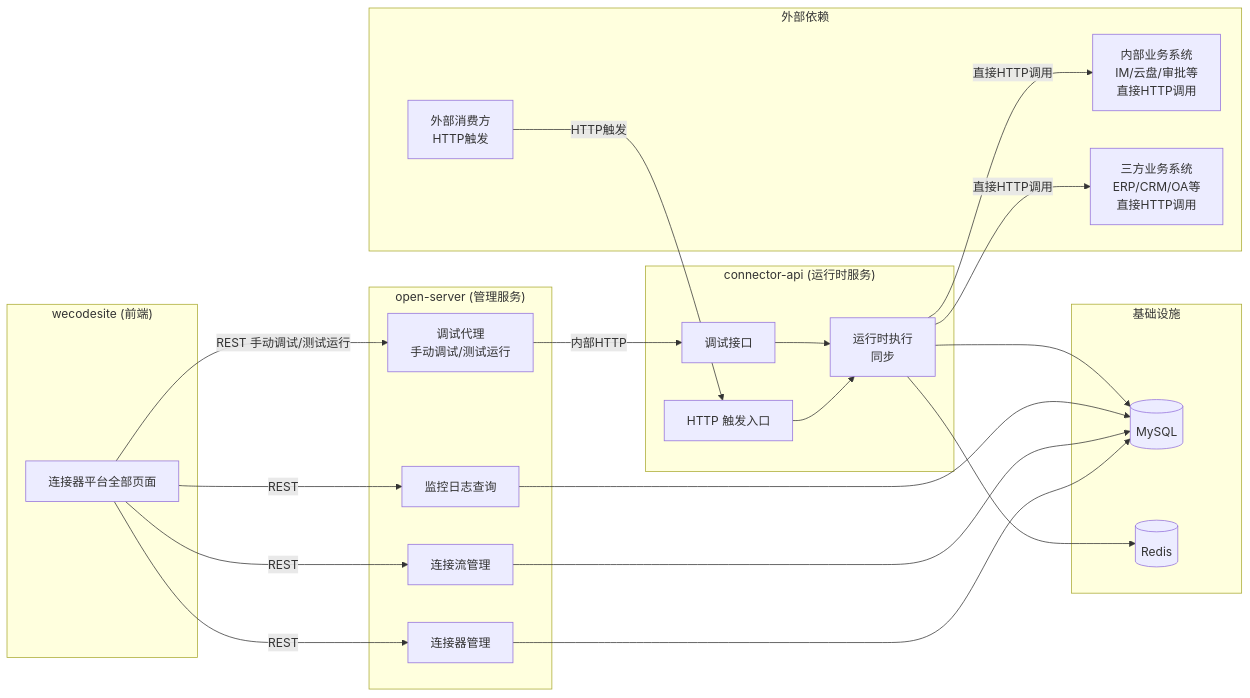
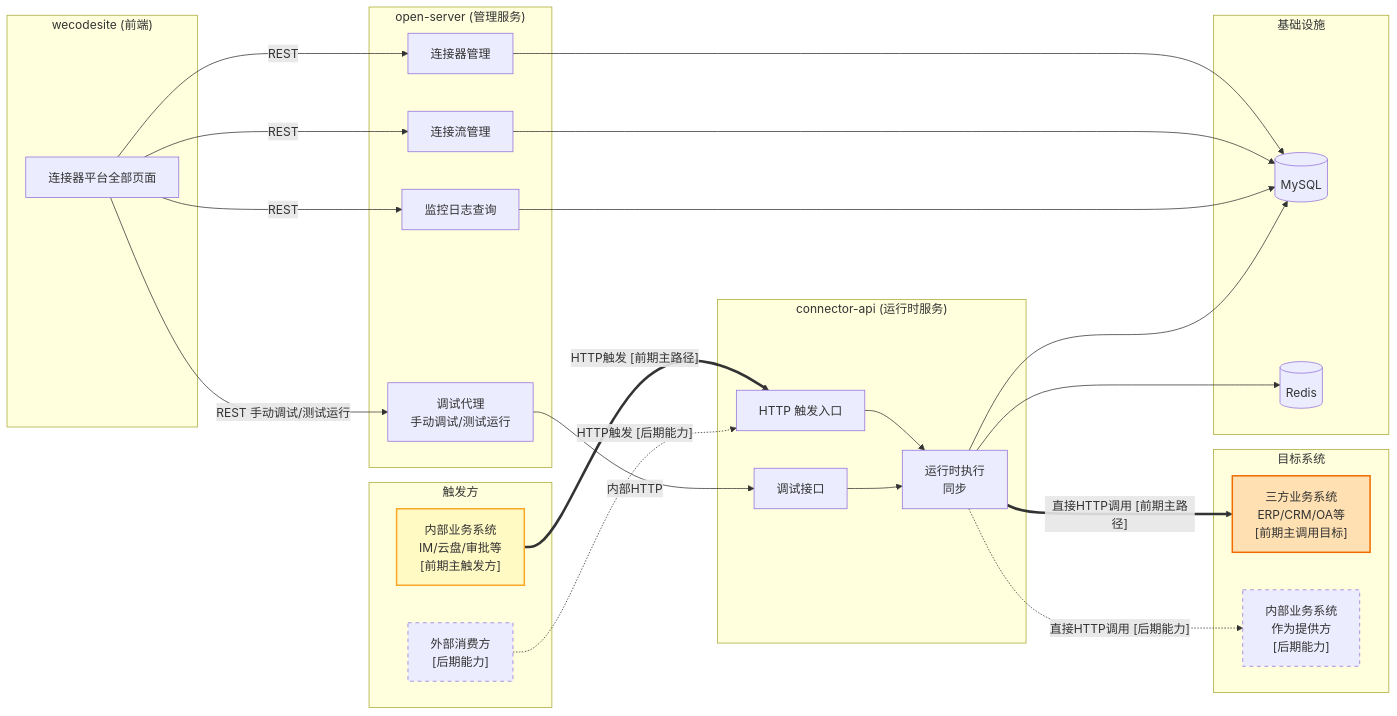
The third of 5 diagrams in .sddu/specs-tree-root/specs-tree-connector-platform/plan.md (THZSummer/open-app), drawn with Mermaid before and after one commit. The commit also changed other lines of this file, not shown here.

First line of the commit message:
plan(connector-platform): 架构图区分前期主路径与后期能力

````diff
--- a/.sddu/specs-tree-root/specs-tree-connector-platform/plan.md
+++ b/.sddu/specs-tree-root/specs-tree-connector-platform/plan.md
@@ -240,46 +260,61 @@
 ```mermaid
 graph LR
     subgraph WeCodeSite["wecodesite (前端)"]
         UI["连接器平台全部页面"]
     end
 
     subgraph OpenSvr["open-server (管理服务)"]
         ConnMgmt["连接器管理"]
         FlowMgmt["连接流管理"]
         MonitorLog["监控日志查询"]
         DebugProxy["调试代理<br/>手动调试/测试运行"]
     end
 
     subgraph ConnApi["connector-api (运行时服务)"]
         RuntimeExe["运行时执行<br/>同步"]
         HttpTriggerSvc["HTTP 触发入口"]
         DebugSvc["调试接口"]
     end
 
-    subgraph Deps["外部依赖"]
-        BizSys["内部业务系统<br/>IM/云盘/审批等<br/>直接HTTP调用"]
-        ThirdSys["三方业务系统<br/>ERP/CRM/OA等<br/>直接HTTP调用"]
-        Consumer["外部消费方<br/>HTTP触发"]
+    subgraph TriggerSrc["触发方"]
+        BizSys["内部业务系统<br/>IM/云盘/审批等<br/>[前期主触发方]"]
+        Consumer["外部消费方<br/>[后期能力]"]
+    end
+
+    subgraph TargetSys["目标系统"]
+        ThirdSys["三方业务系统<br/>ERP/CRM/OA等<br/>[前期主调用目标]"]
+        InternalAsTarget["内部业务系统<br/>作为提供方<br/>[后期能力]"]
     end
 
     subgraph Infra["基础设施"]
         DB[(MySQL)]
         Cache[(Redis)]
     end
 
     UI -- "REST" --> ConnMgmt
     UI -- "REST" --> FlowMgmt
     UI -- "REST" --> MonitorLog
     UI -- "REST 手动调试/测试运行" --> DebugProxy
     DebugProxy -- "内部HTTP" --> DebugSvc
-    Consumer -- "HTTP触发" --> HttpTriggerSvc
+
+    %% === 前期主路径（粗实线）===
+    BizSys ==> |"HTTP触发 [前期主路径]"| HttpTriggerSvc
+    RuntimeExe ==> |"直接HTTP调用 [前期主路径]"| ThirdSys
+
+    %% === 后期能力（虚线）===
+    Consumer -. "HTTP触发 [后期能力]" .-> HttpTriggerSvc
+    RuntimeExe -. "直接HTTP调用 [后期能力]" .-> InternalAsTarget
+
     HttpTriggerSvc --> RuntimeExe
     DebugSvc --> RuntimeExe
-    RuntimeExe -- "直接HTTP调用" --> BizSys
-    RuntimeExe -- "直接HTTP调用" --> ThirdSys
     ConnMgmt --> DB
     FlowMgmt --> DB
     MonitorLog --> DB
     RuntimeExe --> DB
     RuntimeExe --> Cache
+
+    style BizSys fill:#fff9c4,stroke:#f9a825,stroke-width:2px
+    style ThirdSys fill:#ffe0b2,stroke:#ef6c00,stroke-width:2px
+    style Consumer stroke-dasharray:5 5
+    style InternalAsTarget stroke-dasharray:5 5
 ```
````
